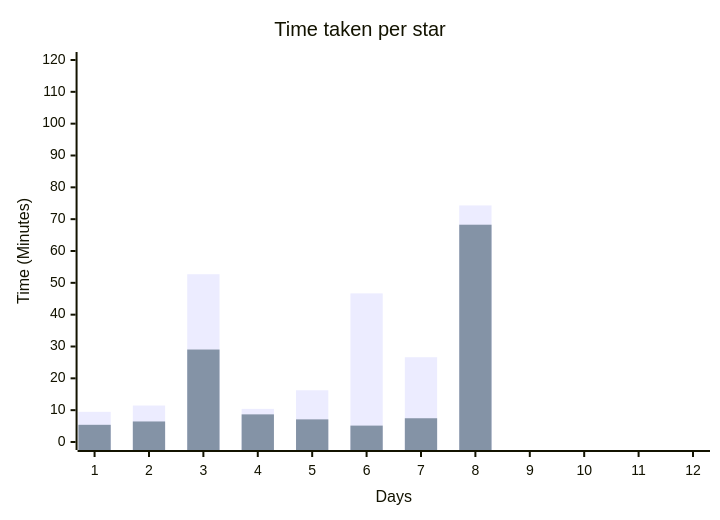
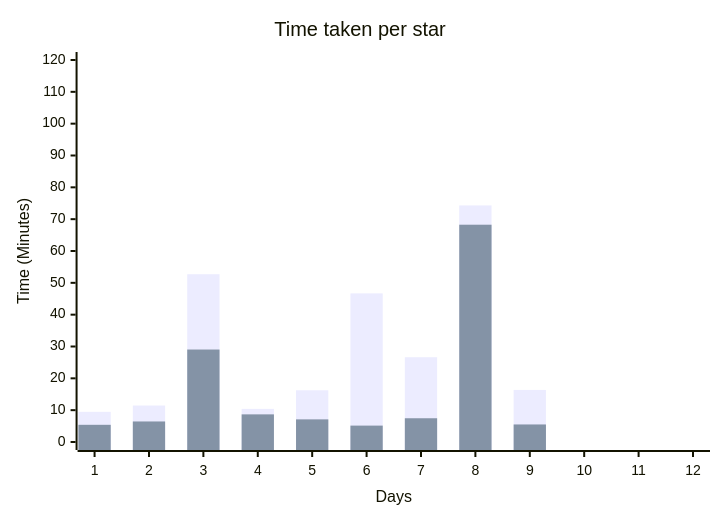
The diagram in readme.md (Voxed/aoc25), drawn with Mermaid before and after one commit. The commit also changed other lines of this file, not shown here.

````diff
--- a/readme.md
+++ b/readme.md
@@ -16,8 +16,8 @@
 ```mermaid
 xychart
     title "Time taken per star"
     x-axis "Days" [1,2,3,4,5,6,7,8,9,10,11,12]
     y-axis "Time (Minutes)" 0 --> 120
-    bar [9.48, 11.46, 52.7, 10.4, 16.25, 46.68, 26.63, 74.31]
-    bar [5.4, 6.45, 29.05, 8.68, 7.11, 5.15, 7.46, 68.26]
+    bar [9.48, 11.46, 52.7, 10.4, 16.25, 46.68, 26.63, 74.31, 16.35]
+    bar [5.4, 6.45, 29.05, 8.68, 7.11, 5.15, 7.46, 68.26, 5.51]
 ```
````
